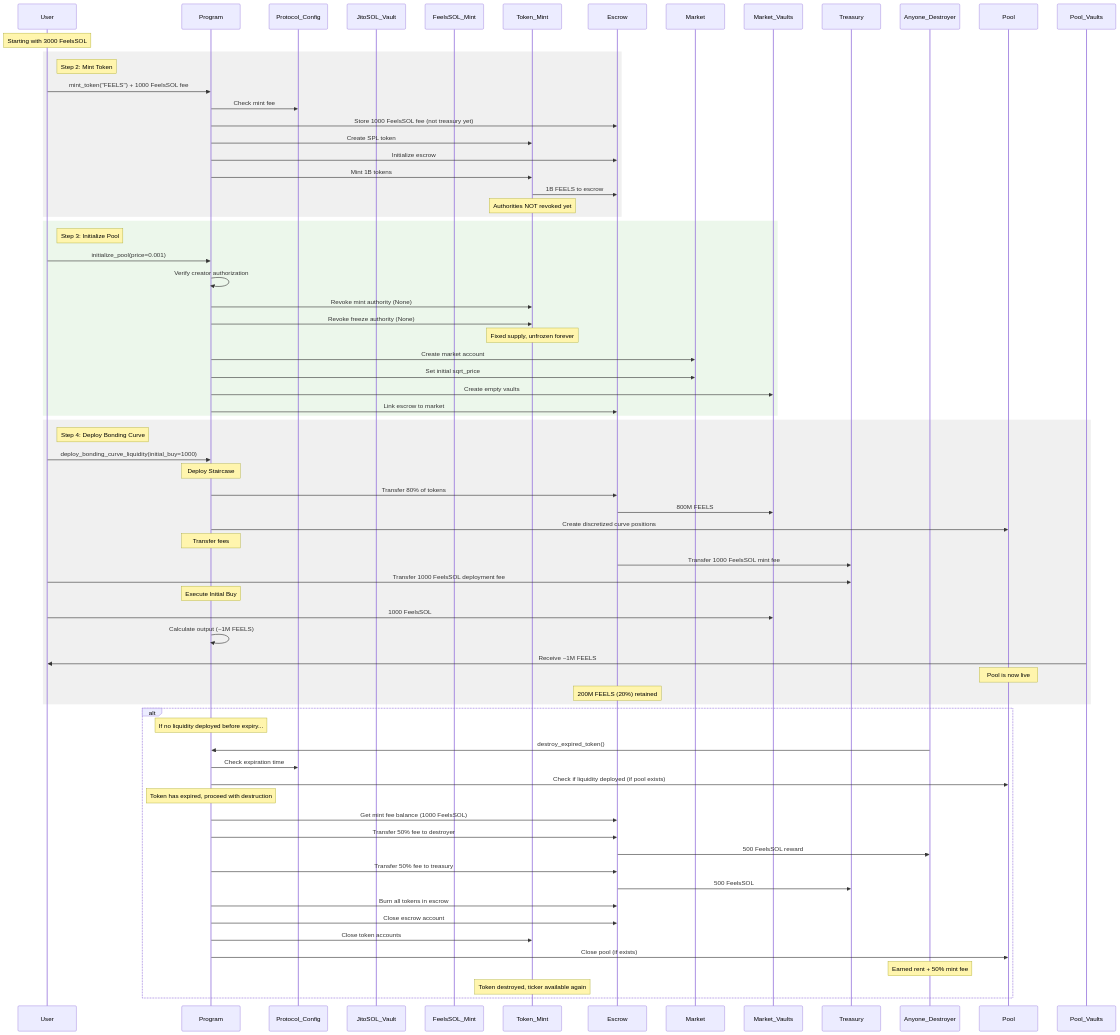
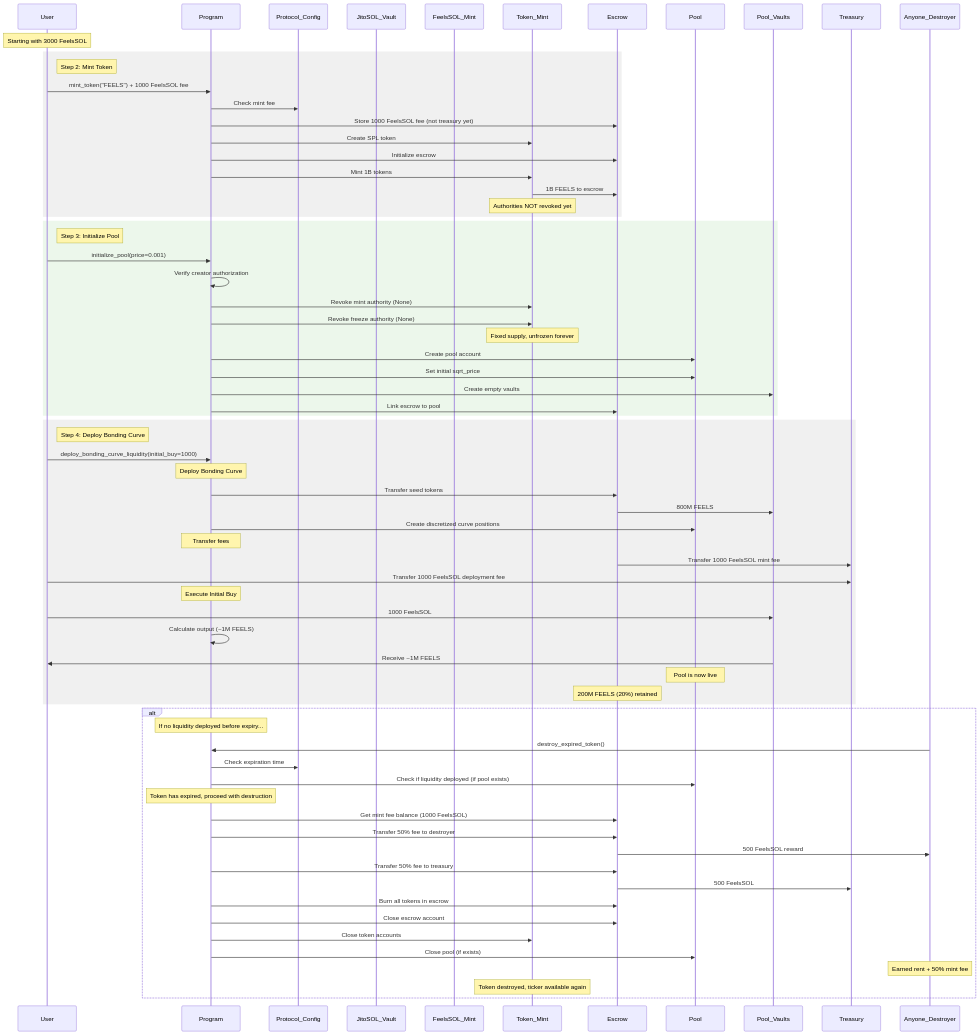
The diagram in docs/300_launch_sequence.md (FeelsDEX/feels), drawn with Mermaid before and after one commit. The commit also changed other lines of this file and 56 other files, not shown here.

```diff
--- a/docs/300_launch_sequence.md
+++ b/docs/300_launch_sequence.md
@@ -225,8 +273,8 @@
     participant FeelsSOL_Mint
     participant Token_Mint
     participant Escrow
-    participant Market
-    participant Market_Vaults
+    participant Pool
+    participant Pool_Vaults
     participant Treasury
     participant Anyone_Destroyer
     
@@ -251,19 +299,19 @@
         Program->>Token_Mint: Revoke mint authority (None)
         Program->>Token_Mint: Revoke freeze authority (None)
         Note over Token_Mint: Fixed supply, unfrozen forever
-        Program->>Market: Create market account
-        Program->>Market: Set initial sqrt_price
-        Program->>Market_Vaults: Create empty vaults
-        Program->>Escrow: Link escrow to market
+        Program->>Pool: Create pool account
+        Program->>Pool: Set initial sqrt_price
+        Program->>Pool_Vaults: Create empty vaults
+        Program->>Escrow: Link escrow to pool
     end
     
     rect rgb(240, 240, 240)
         Note right of User: Step 4: Deploy Bonding Curve
         User->>Program: deploy_bonding_curve_liquidity(initial_buy=1000)
         
-        Note over Program: Deploy Staircase
-        Program->>Escrow: Transfer 80% of tokens
-        Escrow->>Market_Vaults: 800M FEELS
+        Note over Program: Deploy Bonding Curve
+        Program->>Escrow: Transfer seed tokens
+        Escrow->>Pool_Vaults: 800M FEELS
         Program->>Pool: Create discretized curve positions
         
         Note over Program: Transfer fees
@@ -271,7 +319,7 @@
         User->>Treasury: Transfer 1000 FeelsSOL deployment fee
         
         Note over Program: Execute Initial Buy
-        User->>Market_Vaults: 1000 FeelsSOL
+        User->>Pool_Vaults: 1000 FeelsSOL
         Program->>Program: Calculate output (~1M FEELS)
         Pool_Vaults->>User: Receive ~1M FEELS
         
```
